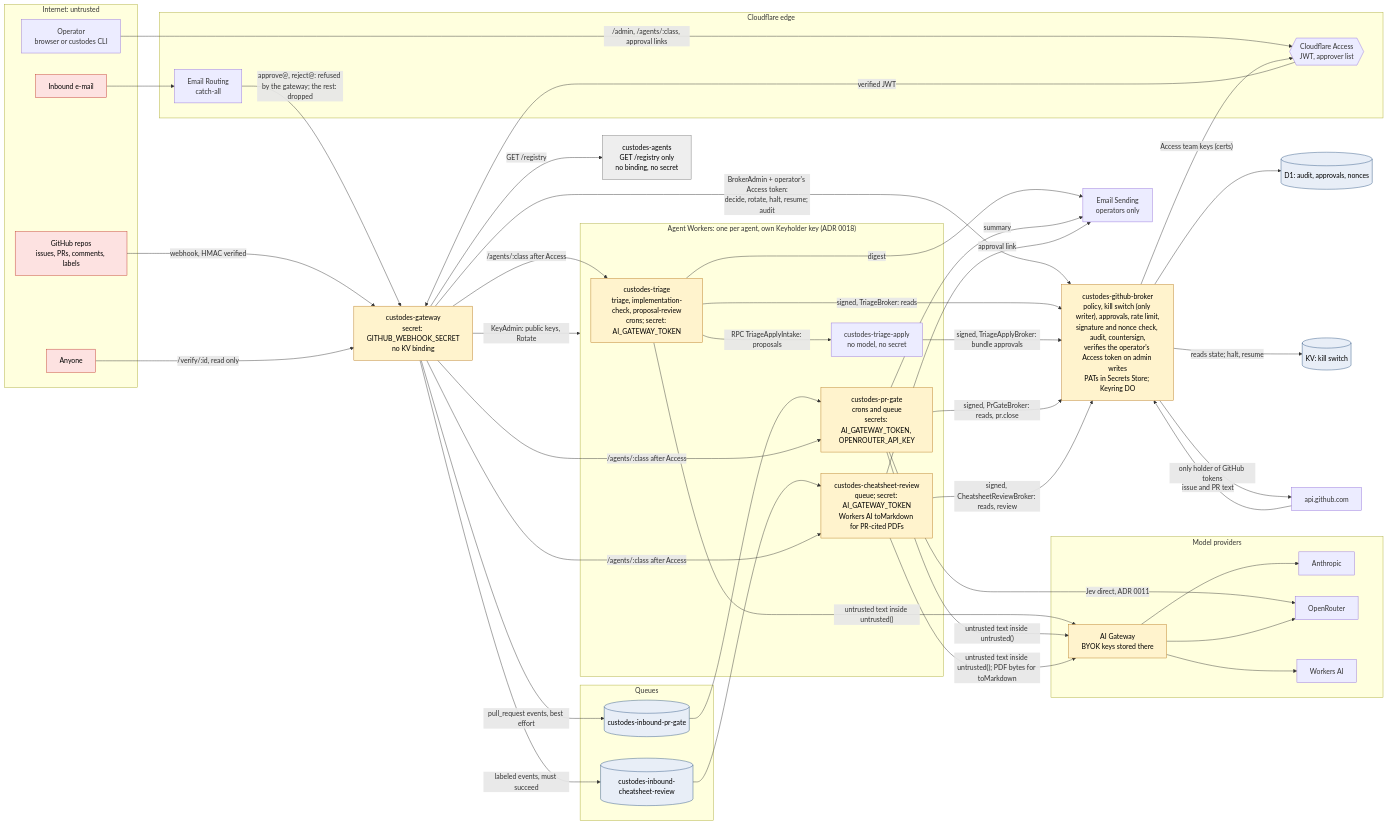
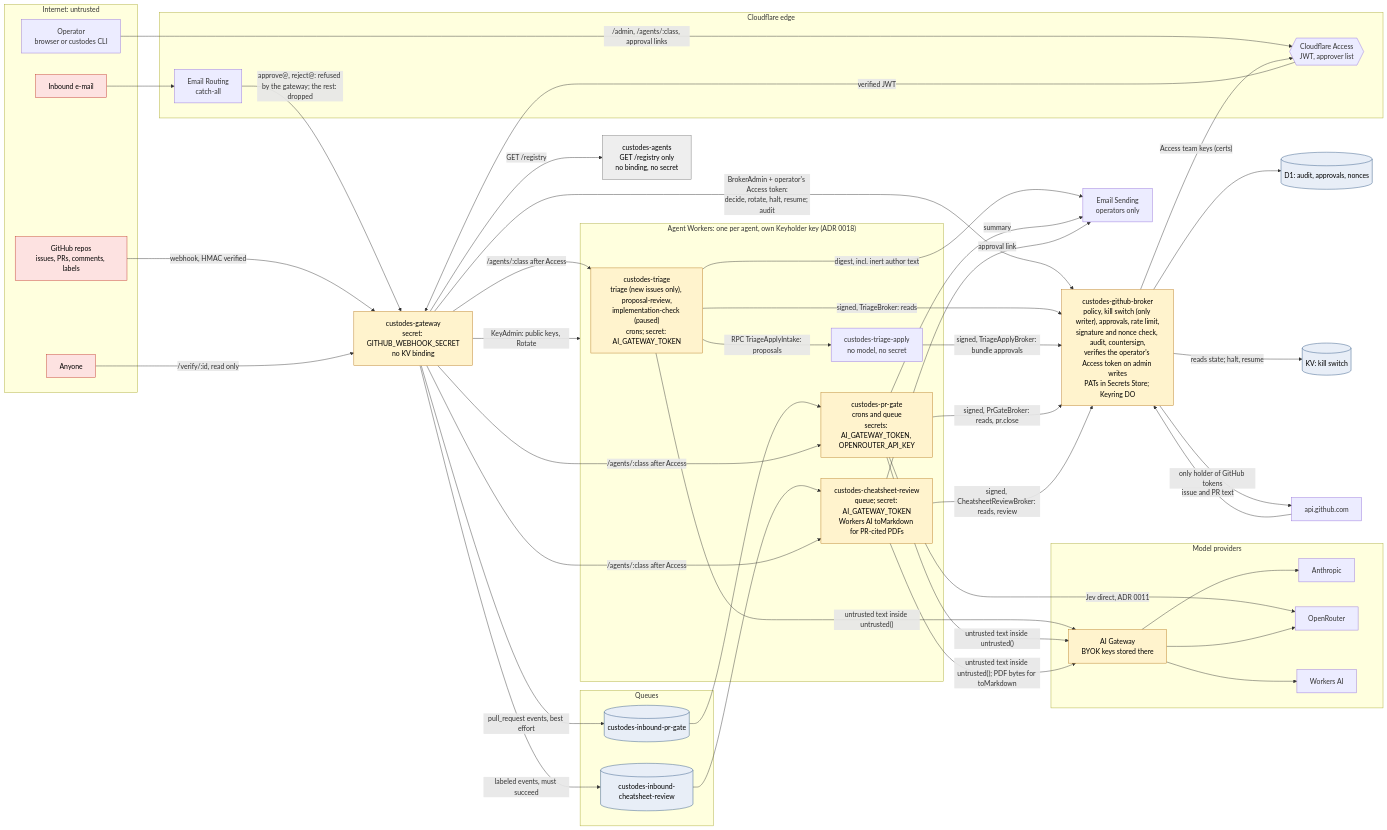
Before and after one commit to mackowski/custodes: the diagram in docs/architecture/data-flow.md, drawn with Mermaid. The commit also changed 5 other files, not shown here.

Commit message:
docs(triage): new-issue scope, author text card, implementation-check paused

```diff
--- a/docs/architecture/data-flow.md
+++ b/docs/architecture/data-flow.md
@@ -37,7 +37,7 @@
   end
 
   subgraph AGENTS["Agent Workers: one per agent, own Keyholder key (ADR 0018)"]
-    TRI["custodes-triage<br/>triage, implementation-check, proposal-review<br/>crons; secret: AI_GATEWAY_TOKEN"]:::secret
+    TRI["custodes-triage<br/>triage (new issues only), proposal-review,<br/>implementation-check (paused)<br/>crons; secret: AI_GATEWAY_TOKEN"]:::secret
     TAP["custodes-triage-apply<br/>no model, no secret"]
     PRG["custodes-pr-gate<br/>crons and queue<br/>secrets: AI_GATEWAY_TOKEN, OPENROUTER_API_KEY"]:::secret
     CSR["custodes-cheatsheet-review<br/>queue; secret: AI_GATEWAY_TOKEN<br/>Workers AI toMarkdown for PR-cited PDFs"]:::secret
@@ -90,7 +90,7 @@
   AIG --> ANT
   AIG --> ORT
   AIG --> WAI
-  TRI -- "digest" --> OUTMAIL
+  TRI -- "digest, incl. inert author text" --> OUTMAIL
   PRG -- "summary" --> OUTMAIL
   CSR -- "approval link" --> OUTMAIL
   INMAIL --> ER
```
